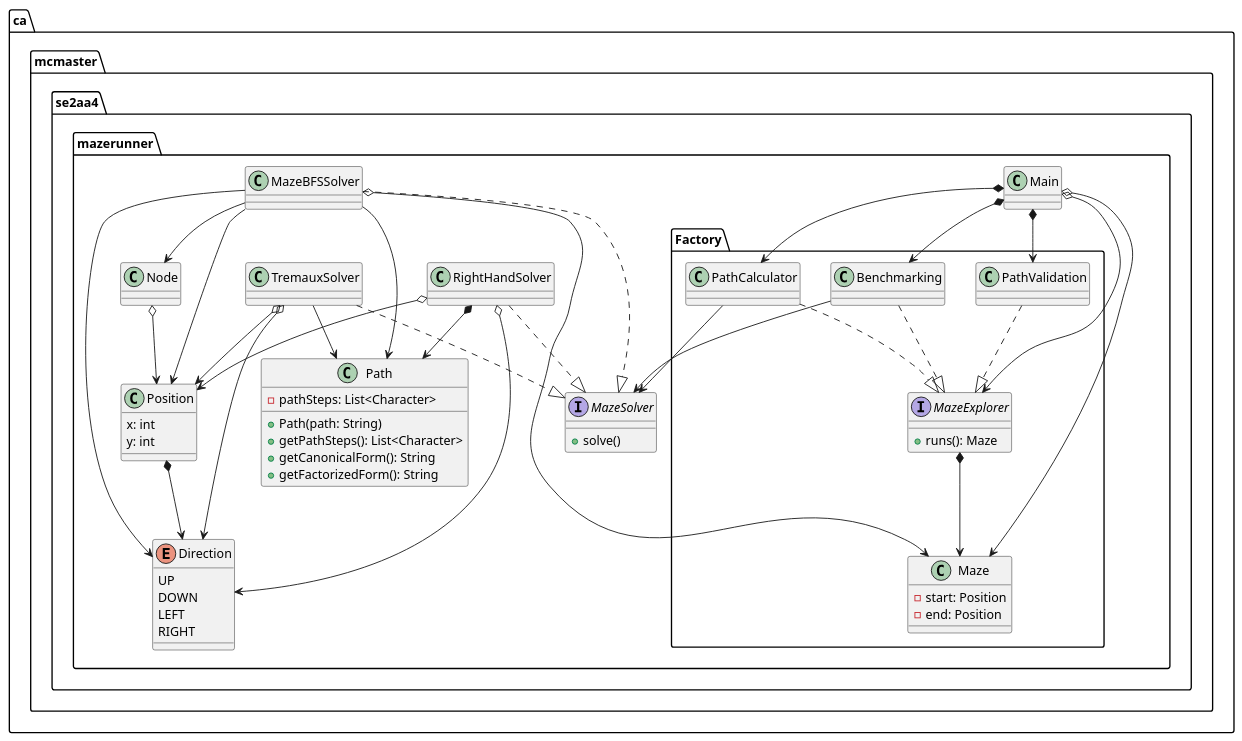
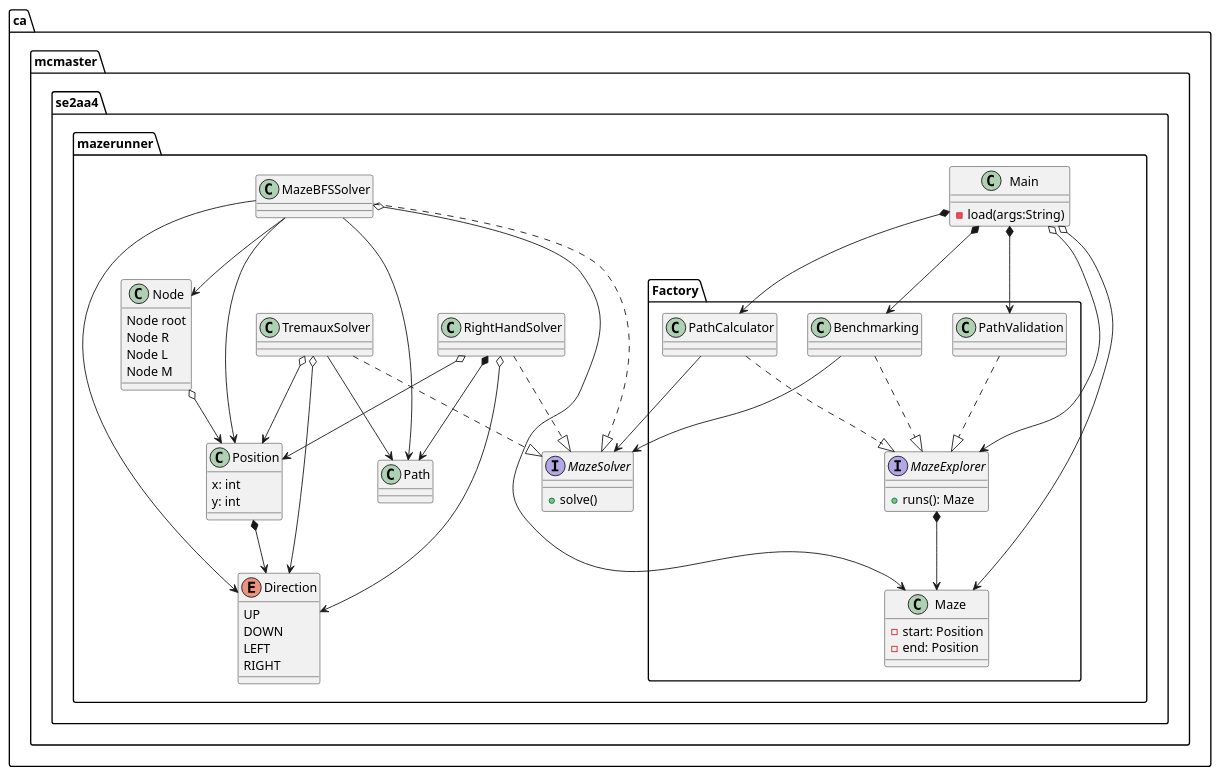
One commit to xSankalpaD/Maze-Runner changed the diagram in src/main/java/ca/mcmaster/se2aa4/mazerunner/UML Diagrams/ClassDiagram.puml. Above: the diagram before and after it, drawn with PlantUML. The commit also changed 1 other file, not shown here.

Commit message:
#14 Made the sequence Diagram

```diff
--- a/src/main/java/ca/mcmaster/se2aa4/mazerunner/UML Diagrams/ClassDiagram.puml
+++ b/src/main/java/ca/mcmaster/se2aa4/mazerunner/UML Diagrams/ClassDiagram.puml
@@ -1,113 +1,118 @@
 @startuml ClassDiagram
 package "ca.mcmaster.se2aa4.mazerunner" {
     enum Direction {
         UP
         DOWN
         LEFT
         RIGHT
-        
     }
 
-    
     class Node {
-        
+        Node root
+        Node R
+        Node L
+        Node M
     }
 
     class Position {
         x: int
         y: int
         
     }
 
     class Path {
-        -pathSteps: List<Character>
-        +Path(path: String)
-        +getPathSteps(): List<Character>
-        +getCanonicalForm(): String
-        +getFactorizedForm(): String
+        
     }
+    
     class MazeBFSSolver{
 
     } 
+    
     class Main{
+        -load(args:String)
+    }
 
-    }
     interface MazeSolver{
         +solve()
     }
+
     class RightHandSolver{
 
     }
+    
     class TremauxSolver{
 
     }
+
     package "ca.mcmaster.se2aa4.mazerunner.Factory" {
         interface MazeExplorer {
             +runs(): Maze
         }
 
         class Benchmarking {
         
         }   
 
         class PathCalculator {
         
         }
+
         class PathValidation{
 
         }
+
         class Maze {
         
         -start: Position
         -end: Position
         
         }
 
     }
 }
 
 
 
 Benchmarking ..|> MazeExplorer
 PathCalculator ..|> MazeExplorer
 PathValidation ..|> MazeExplorer
 
 PathCalculator --> MazeSolver
 
 TremauxSolver --> Path
 
 
 Benchmarking --> MazeSolver
 
 MazeBFSSolver ..|> MazeSolver
 RightHandSolver ..|> MazeSolver
 TremauxSolver ..|> MazeSolver
 
 MazeExplorer *--> Maze
 
 Main o--> Maze
 Main o--> MazeExplorer
 Main *--> Benchmarking
 Main *--> PathCalculator
 Main *--> PathValidation
 
 
 MazeBFSSolver o--> Maze
 MazeBFSSolver --> Node
 MazeBFSSolver --> Path
 MazeBFSSolver --> Direction
 MazeBFSSolver --> Position
 
 Node o--> Position
 
 Position *--> Direction
 
 RightHandSolver *--> Path
 RightHandSolver o--> Direction
 RightHandSolver o--> Position
 
 TremauxSolver o--> Direction
 TremauxSolver o--> Position
 
 
 @enduml
```
